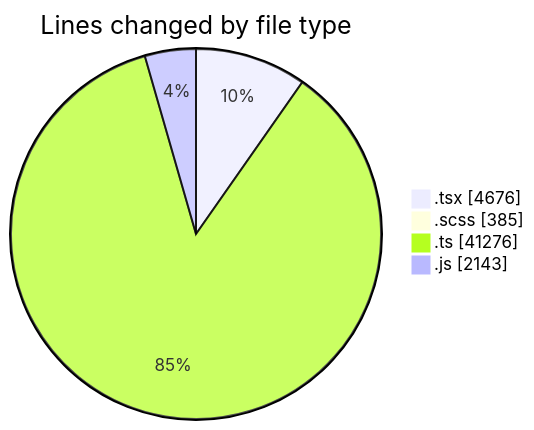
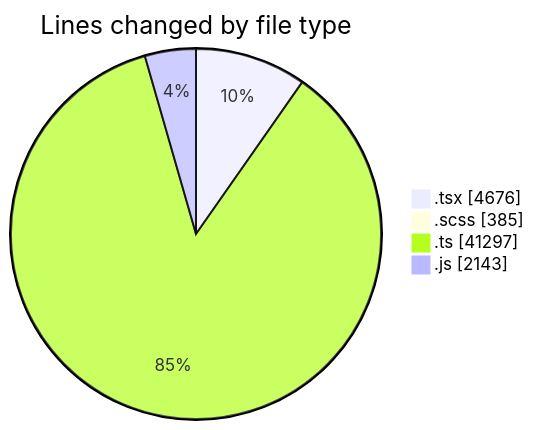
Before and after one commit to momahboobian/code-tracking: the first of 2 diagrams in 2025-06-17/cda/README.md, drawn with Mermaid. The commit also changed other lines of this file and 1 other file, not shown here.

````diff
--- a/2025-06-17/cda/README.md
+++ b/2025-06-17/cda/README.md
@@ -50,8 +50,8 @@
 ```mermaid
 pie showData
 title Lines changed by file type
 ".tsx" : 4676
 ".scss" : 385
-".ts" : 41276
+".ts" : 41297
 ".js" : 2143
 ```
````
